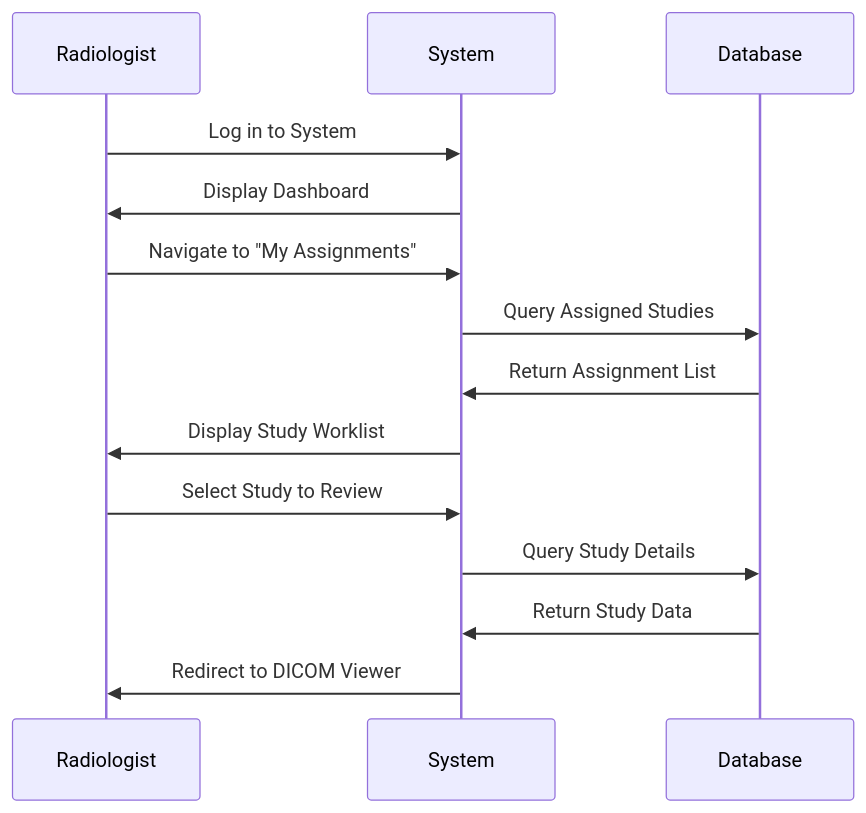
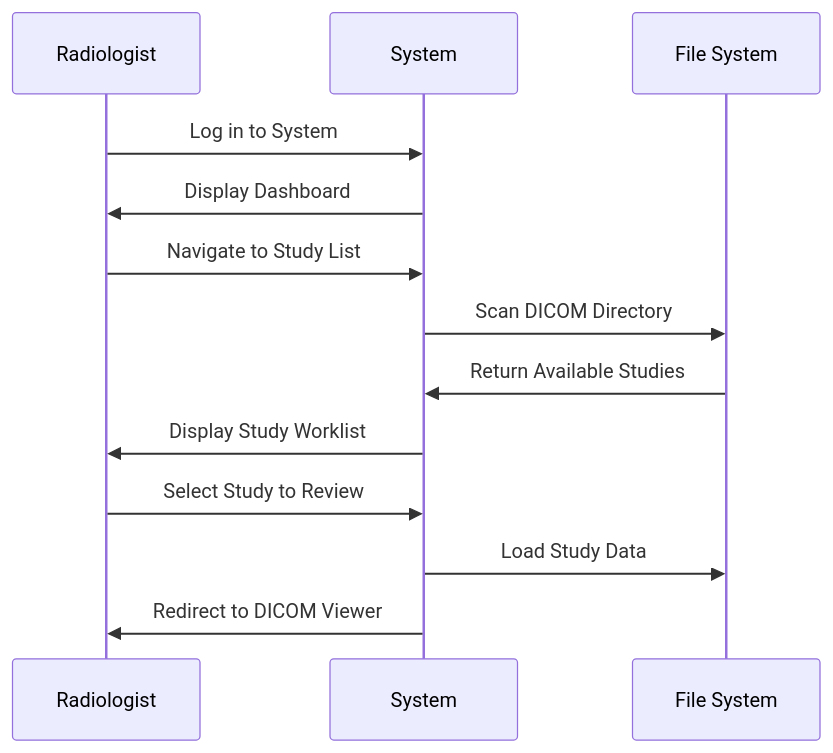
Before and after one commit to mgadaphy/dicom-research: the third of 8 diagrams in docs/user_workflows.md, drawn with Mermaid. The commit also changed other lines of this file and 1 other file, not shown here.

Commit message:
Updated the the documentations of the database schema

````diff
--- a/docs/user_workflows.md
+++ b/docs/user_workflows.md
@@ -150,17 +77,16 @@
 ```mermaid
 sequenceDiagram
     participant R as Radiologist
     participant S as System
-    participant DB as Database
+    participant FS as File System
     
     R->>S: Log in to System
     S->>R: Display Dashboard
-    R->>S: Navigate to "My Assignments"
-    S->>DB: Query Assigned Studies
-    DB->>S: Return Assignment List
+    R->>S: Navigate to Study List
+    S->>FS: Scan DICOM Directory
+    FS->>S: Return Available Studies
     S->>R: Display Study Worklist
     R->>S: Select Study to Review
-    S->>DB: Query Study Details
-    DB->>S: Return Study Data
+    S->>FS: Load Study Data
     S->>R: Redirect to DICOM Viewer
 ```
````
